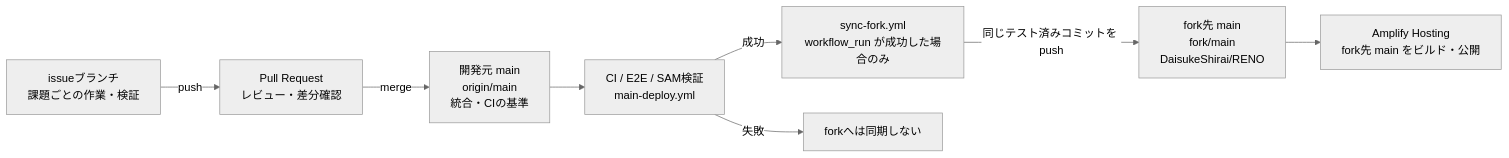
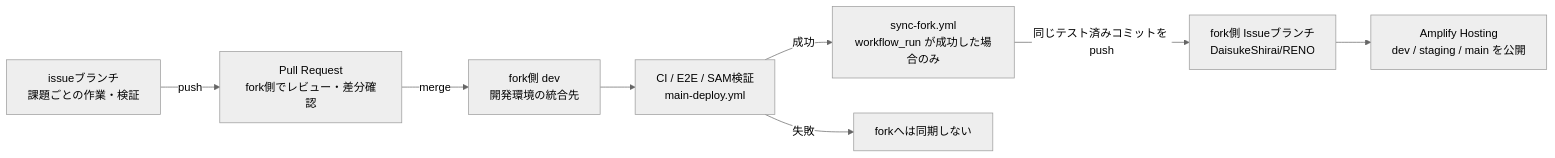
One commit to DaisukeShirai/RENO changed the diagram in docs/workflows/branch-workflow.md. Above: the diagram before and after it, drawn with Mermaid (neutral theme). The commit also changed other lines of this file and 3 other files, not shown here.

````diff
--- a/docs/workflows/branch-workflow.md
+++ b/docs/workflows/branch-workflow.md
@@ -14,19 +15,19 @@
 ```mermaid
 flowchart LR
     I[issueブランチ<br/>課題ごとの作業・検証]
-    PR[Pull Request<br/>レビュー・差分確認]
-    M[開発元 main<br/>origin/main<br/>統合・CIの基準]
+    PR[Pull Request<br/>fork側でレビュー・差分確認]
+    M[fork側 dev<br/>開発環境の統合先]
     T[CI / E2E / SAM検証<br/>main-deploy.yml]
     S[sync-fork.yml<br/>workflow_run が成功した場合のみ]
-    F[fork先 main<br/>fork/main<br/>DaisukeShirai/RENO]
-    A[Amplify Hosting<br/>fork先 main をビルド・公開]
+    F[fork側 Issueブランチ<br/>DaisukeShirai/RENO]
+    A[Amplify Hosting<br/>dev / staging / main を公開]
 
     I -->|push| PR
     PR -->|merge| M
     M --> T
     T -->|成功| S
     S -->|同じテスト済みコミットを push| F
     F --> A
 
     T -->|失敗| X[forkへは同期しない]
 ```
````
